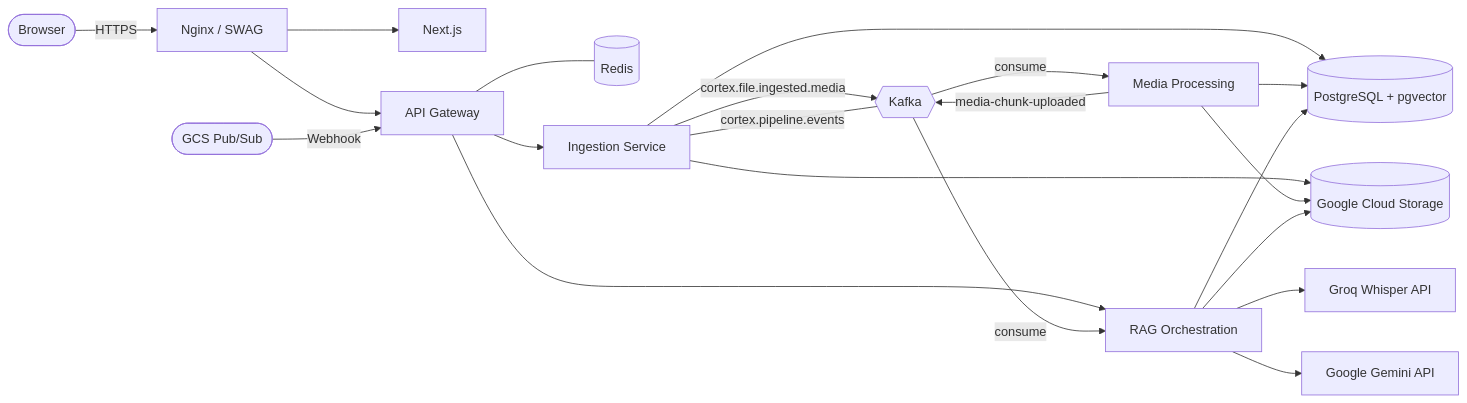
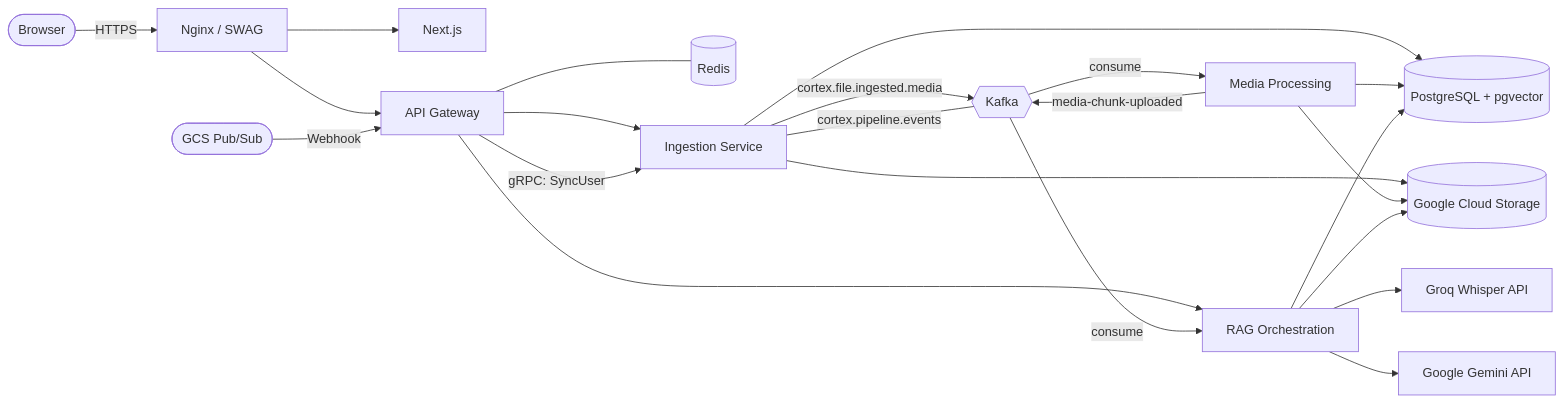
The diagram in README.md (rvarad/cortex), drawn with Mermaid before and after one commit. The commit also changed other lines of this file, not shown here.

Commit message:
docs: update architecture documentation to include user authentication and gRPC user synchronization flow

````diff
--- a/README.md
+++ b/README.md
@@ -9,31 +9,32 @@
 ```mermaid
 graph LR
     Browser([Browser]) -->|HTTPS| SWAG[Nginx / SWAG]
 
     SWAG --> Frontend[Next.js]
     SWAG --> Gateway[API Gateway]
 
     Gateway --- Redis[(Redis)]
     Gateway --> Ingestion[Ingestion Service]
     Gateway --> RAG[RAG Orchestration]
+    Gateway -->|gRPC: SyncUser| Ingestion
 
     PubSub([GCS Pub/Sub]) -->|Webhook| Gateway
 
     Ingestion -->|cortex.file.ingested.media| Kafka{{Kafka}}
     Kafka -->|consume| MediaProc[Media Processing]
     MediaProc -->|media-chunk-uploaded| Kafka
     Kafka -->|consume| RAG
 
     Ingestion ---|cortex.pipeline.events| Kafka
 
     Ingestion --> DB[(PostgreSQL + pgvector)]
     MediaProc --> DB
     RAG --> DB
 
     Ingestion --> GCS[(Google Cloud Storage)]
     MediaProc --> GCS
     RAG --> GCS
 
     RAG --> Groq[Groq Whisper API]
     RAG --> Gemini[Google Gemini API]
 ```
````
